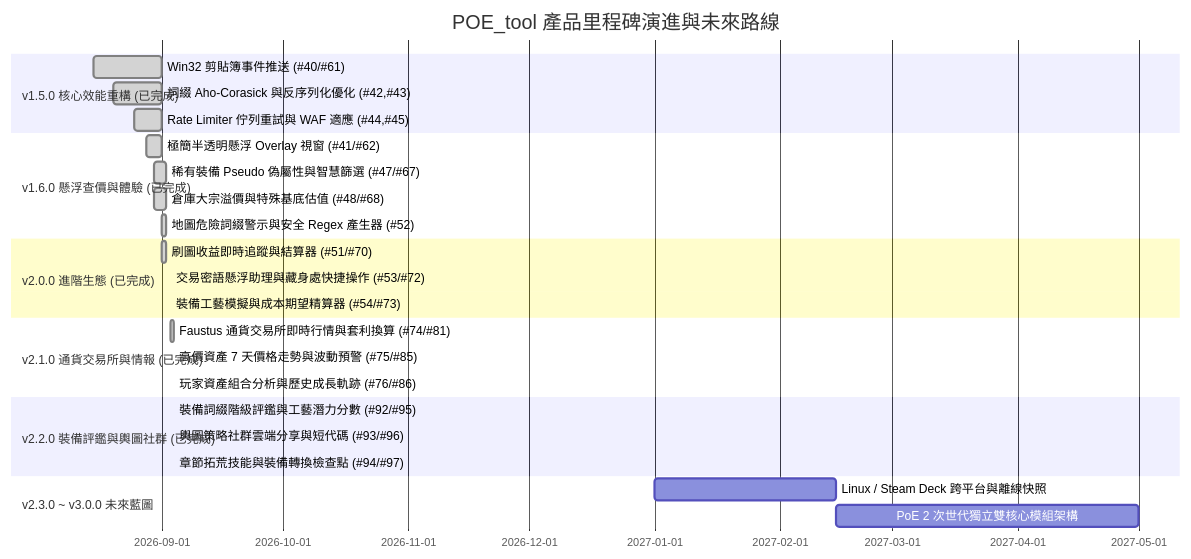
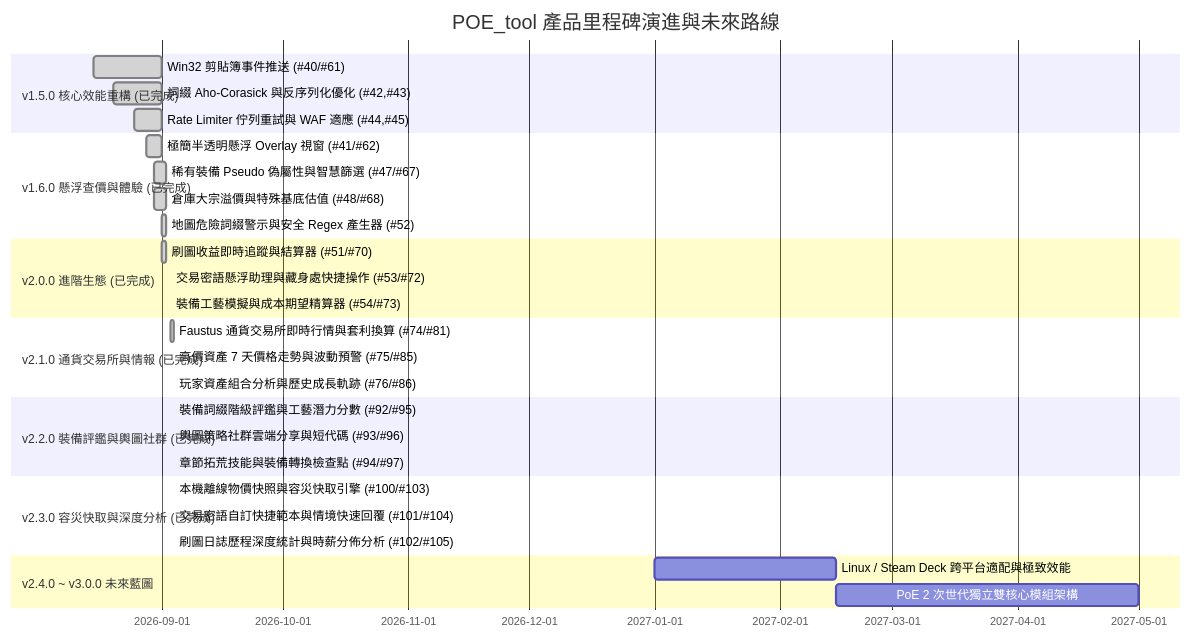
One commit to saijo0404/POE-tool changed the diagram in ROADMAP.md. Above: the diagram before and after it, drawn with Mermaid. The commit also changed other lines of this file and 4 other files, not shown here.

````diff
--- a/ROADMAP.md
+++ b/ROADMAP.md
@@ -49,29 +50,33 @@
 ```mermaid
 gantt
     title POE_tool 產品里程碑演進與未來路線
     dateFormat  YYYY-MM-DD
     section v1.5.0 核心效能重構 (已完成)
     Win32 剪貼簿事件推送 (#40/#61)           :done,    m1_1, 2026-08-15, 2026-09-01
     詞綴 Aho-Corasick 與反序列化優化 (#42,#43) :done,    m1_2, 2026-08-20, 2026-09-01
     Rate Limiter 佇列重試與 WAF 適應 (#44,#45)  :done,    m1_3, 2026-08-25, 2026-09-01
     section v1.6.0 懸浮查價與體驗 (已完成)
     極簡半透明懸浮 Overlay 視窗 (#41/#62)     :done,    m2_1, 2026-08-28, 2026-09-01
     稀有裝備 Pseudo 偽屬性與智慧篩選 (#47/#67) :done,    m2_2, 2026-08-30, 2026-09-02
     倉庫大宗溢價與特殊基底估值 (#48/#68)      :done,    m2_3, 2026-08-30, 2026-09-02
     地圖危險詞綴警示與安全 Regex 產生器 (#52)  :done,    m2_4, 2026-09-01, 2026-09-02
     section v2.0.0 進階生態 (已完成)
     刷圖收益即時追蹤與結算器 (#51/#70)        :done,    m3_1, 2026-09-01, 2026-09-02
     交易密語懸浮助理與藏身處快捷操作 (#53/#72) :done,    m3_2, 2026-09-03, 2026-09-03
     裝備工藝模擬與成本期望精算器 (#54/#73)     :done,    m3_3, 2026-09-03, 2026-09-03
     section v2.1.0 通貨交易所與情報 (已完成)
     Faustus 通貨交易所即時行情與套利換算 (#74/#81) :done,    m4_1, 2026-09-03, 2026-09-04
     高價資產 7 天價格走勢與波動預警 (#75/#85)     :done,    m4_2, 2026-09-04, 2026-09-04
     玩家資產組合分析與歷史成長軌跡 (#76/#86)       :done,    m4_3, 2026-09-04, 2026-09-04
     section v2.2.0 裝備評鑑與輿圖社群 (已完成)
     裝備詞綴階級評鑑與工藝潛力分數 (#92/#95)     :done,    m5_1, 2026-09-04, 2026-09-04
     輿圖策略社群雲端分享與短代碼 (#93/#96)       :done,    m5_2, 2026-09-04, 2026-09-04
     章節拓荒技能與裝備轉換檢查點 (#94/#97)       :done,    m5_3, 2026-09-04, 2026-09-04
-    section v2.3.0 ~ v3.0.0 未來藍圖
-    Linux / Steam Deck 跨平台與離線快照      :         m6_1, 2027-01-01, 2027-02-15
-    PoE 2 次世代獨立雙核心模組架構           :         m7_1, 2027-02-15, 2027-05-01
+    section v2.3.0 容災快取與深度分析 (已完成)
+    本機離線物價快照與容災快取引擎 (#100/#103)    :done,    m6_1, 2026-09-04, 2026-09-04
+    交易密語自訂快捷範本與情境快速回覆 (#101/#104) :done,    m6_2, 2026-09-04, 2026-09-04
+    刷圖日誌歷程深度統計與時薪分佈分析 (#102/#105) :done,    m6_3, 2026-09-04, 2026-09-04
+    section v2.4.0 ~ v3.0.0 未來藍圖
+    Linux / Steam Deck 跨平台適配與極致效能      :         m7_1, 2027-01-01, 2027-02-15
+    PoE 2 次世代獨立雙核心模組架構           :         m8_1, 2027-02-15, 2027-05-01
 ```
````
